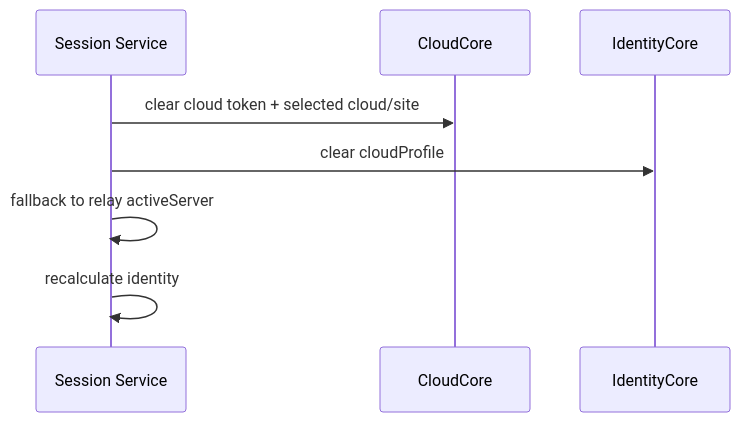
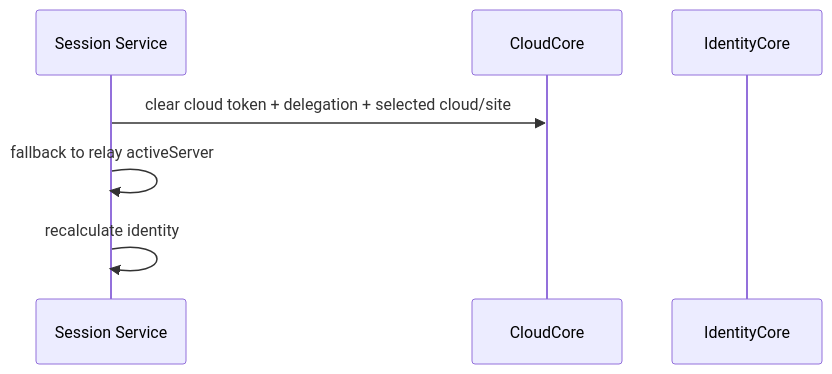
Diagram 11 of 14 in libs/web-core/docs/session/session-scenarios.md (lemoncloud-io/dou-app), drawn with Mermaid before and after one commit. The commit also changed other lines of this file and 19 other files, not shown here.

````diff
--- a/libs/web-core/docs/session/session-scenarios.md
+++ b/libs/web-core/docs/session/session-scenarios.md
@@ -655,10 +636,9 @@
 ```mermaid
 sequenceDiagram
   participant S as Session Service
   participant CC as CloudCore
   participant IC as IdentityCore
-  S->>CC: clear cloud token + selected cloud/site
-  S->>IC: clear cloudProfile
+  S->>CC: clear cloud token + delegation + selected cloud/site
   S->>S: fallback to relay activeServer
   S->>S: recalculate identity
 ```
````
